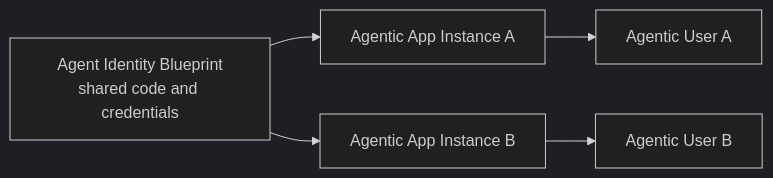
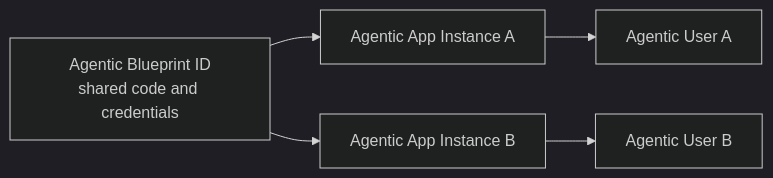
Before and after one commit to microsoft/teams-sdk: the diagram in teams.md/src/pages/templates/in-depth-guides/agent-365/concepts-and-benefits.mdx, drawn with Mermaid (dark theme). The commit also changed other lines of this file and 1 other file, not shown here.

Commit message:
docs: refine agentic identity terminology

````diff
--- a/teams.md/src/pages/templates/in-depth-guides/agent-365/concepts-and-benefits.mdx
+++ b/teams.md/src/pages/templates/in-depth-guides/agent-365/concepts-and-benefits.mdx
@@ -22,8 +22,8 @@
 ```mermaid
 flowchart LR
-  B[Agent Identity Blueprint<br/>shared code and credentials]
+  B[Agentic Blueprint ID<br/>shared code and credentials]
   B --> I1[Agentic App Instance A]
   B --> I2[Agentic App Instance B]
   I1 --> U1[Agentic User A]
   I2 --> U2[Agentic User B]
 ```
````
